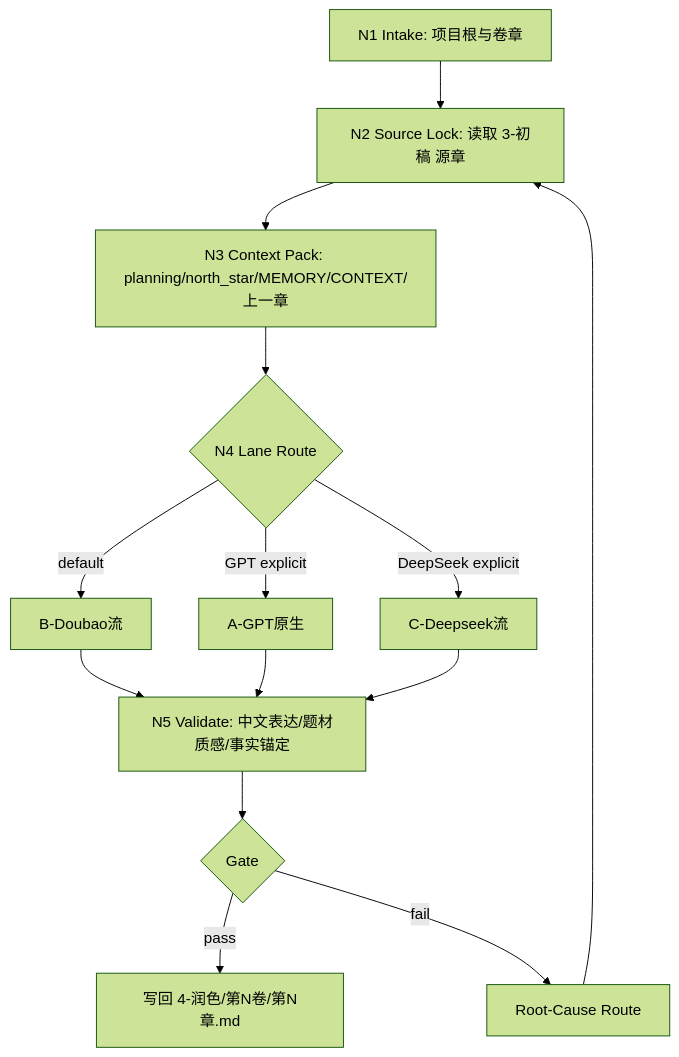
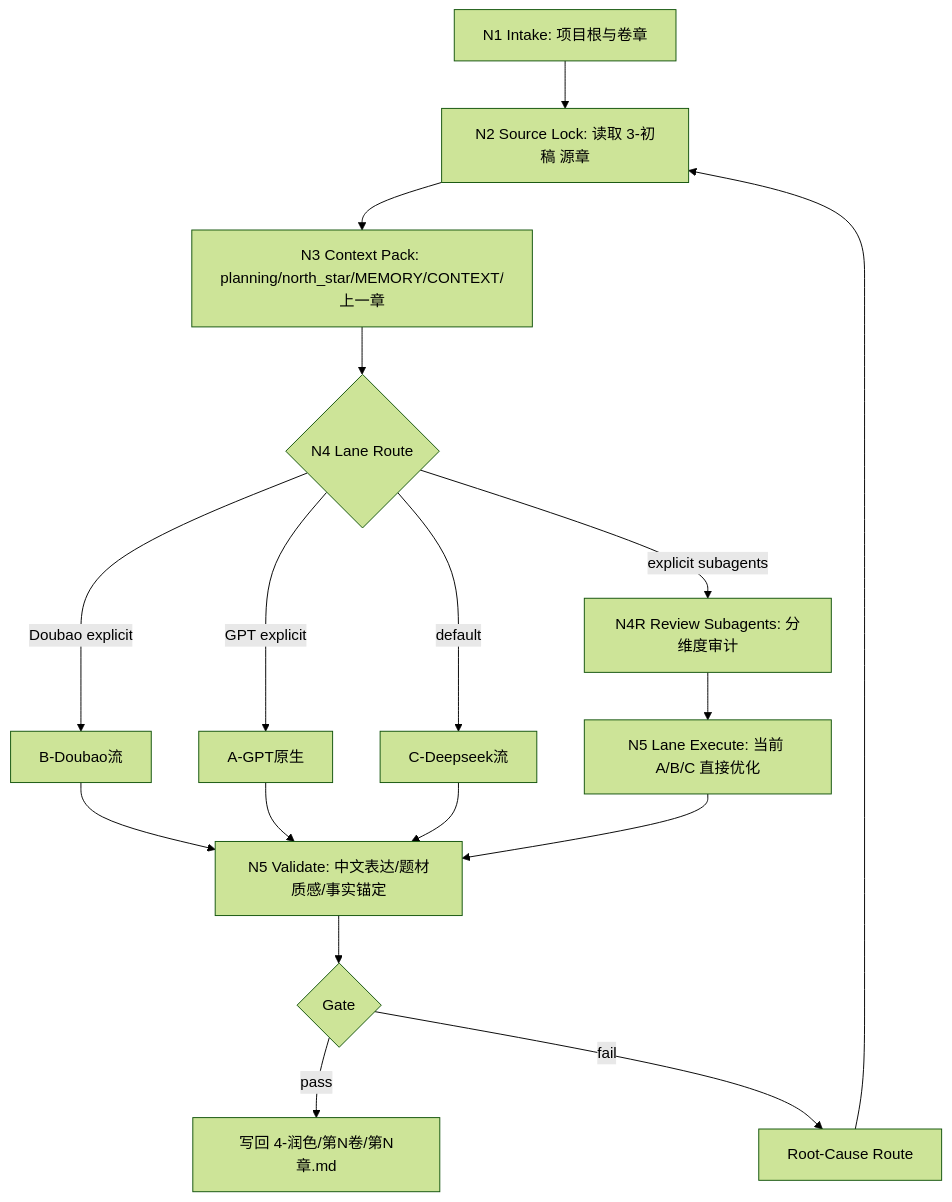
One commit to ZEN-VOID/AI-CUT changed the diagram in .agents/skills/story/4-润色/SKILL.md. Above: the diagram before and after it, drawn with Mermaid (forest theme). The commit also changed other lines of this file and 256 other files, not shown here.

````diff
--- a/.agents/skills/story/4-润色/SKILL.md
+++ b/.agents/skills/story/4-润色/SKILL.md
@@ -119,16 +147,19 @@
 ```mermaid
 flowchart TD
     A["N1 Intake: 项目根与卷章"] --> B["N2 Source Lock: 读取 3-初稿 源章"]
     B --> C["N3 Context Pack: planning/north_star/MEMORY/CONTEXT/上一章"]
     C --> D{"N4 Lane Route"}
-    D -->|"default"| E["B-Doubao流"]
+    D -->|"explicit subagents"| S["N4R Review Subagents: 分维度审计"]
+    S --> L["N5 Lane Execute: 当前 A/B/C 直接优化"]
+    D -->|"default"| G["C-Deepseek流"]
     D -->|"GPT explicit"| F["A-GPT原生"]
-    D -->|"DeepSeek explicit"| G["C-Deepseek流"]
+    D -->|"Doubao explicit"| E["B-Doubao流"]
     E --> H["N5 Validate: 中文表达/题材质感/事实锚定"]
     F --> H
     G --> H
+    L --> H
     H --> I{"Gate"}
     I -->|"pass"| J["写回 4-润色/第N卷/第N章.md"]
     I -->|"fail"| K["Root-Cause Route"]
     K --> B
 ```
````
